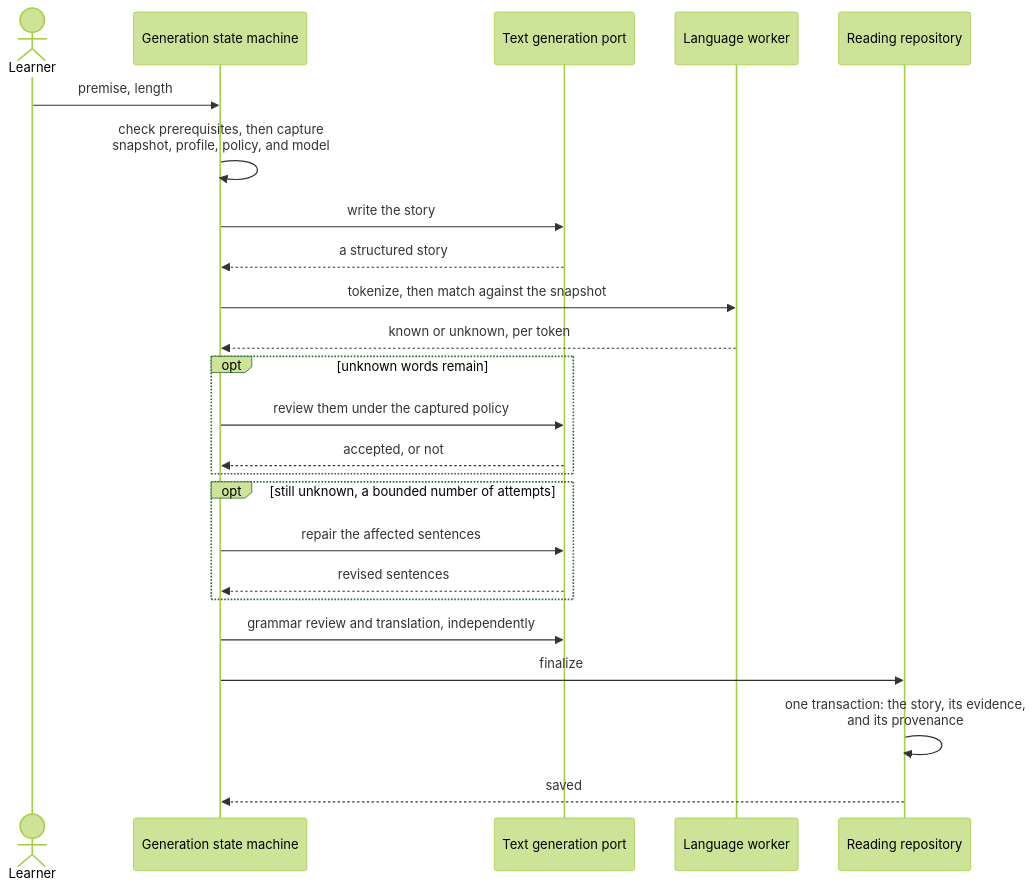
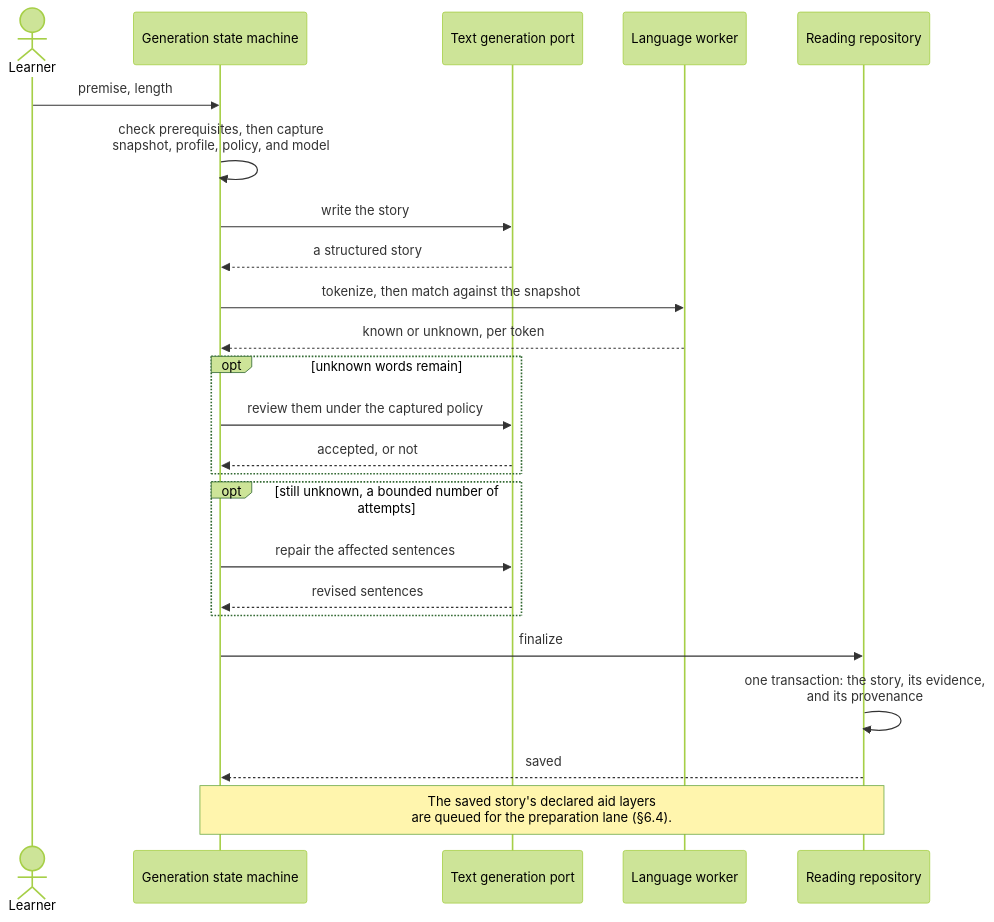
One commit to tobiaslrn/monosai changed the third of 6 diagrams in docs/arc42/06-runtime-view.md. Above: the diagram before and after it, drawn with Mermaid (forest theme). The commit also changed other lines of this file and 27 other files, not shown here.

````diff
--- a/docs/arc42/06-runtime-view.md
+++ b/docs/arc42/06-runtime-view.md
@@ -80,27 +80,27 @@
 ```mermaid
 sequenceDiagram
     actor Learner
     participant Store as Generation state machine
     participant Provider as Text generation port
     participant Worker as Language worker
     participant Repo as Reading repository
 
     Learner->>Store: premise, length
     Store->>Store: check prerequisites, then capture<br/>snapshot, profile, policy, and model
     Store->>Provider: write the story
     Provider-->>Store: a structured story
     Store->>Worker: tokenize, then match against the snapshot
     Worker-->>Store: known or unknown, per token
     opt unknown words remain
         Store->>Provider: review them under the captured policy
         Provider-->>Store: accepted, or not
     end
     opt still unknown, a bounded number of attempts
         Store->>Provider: repair the affected sentences
         Provider-->>Store: revised sentences
     end
-    Store->>Provider: grammar review and translation, independently
     Store->>Repo: finalize
     Repo->>Repo: one transaction: the story, its evidence,<br/>and its provenance
     Repo-->>Store: saved
+    Note over Store,Repo: The saved story's declared aid layers<br/>are queued for the preparation lane (§6.4).
 ```
````
